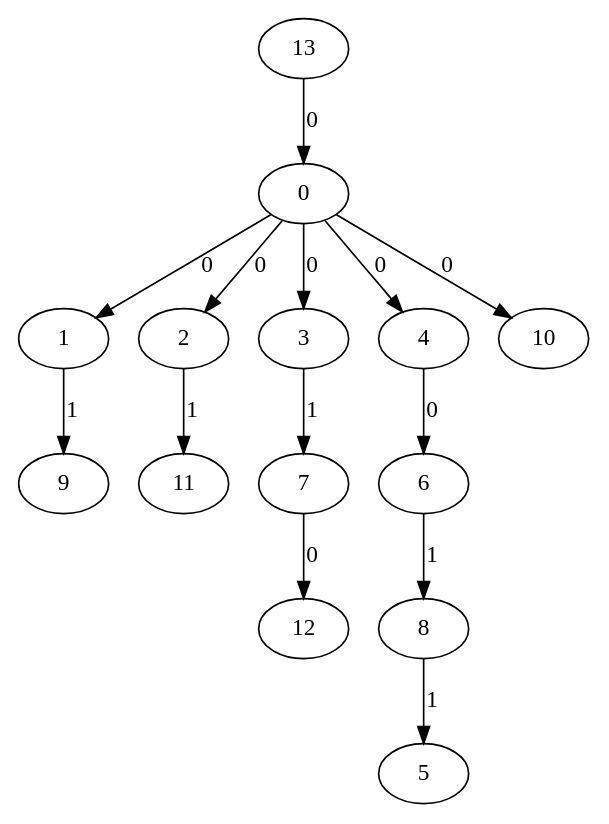
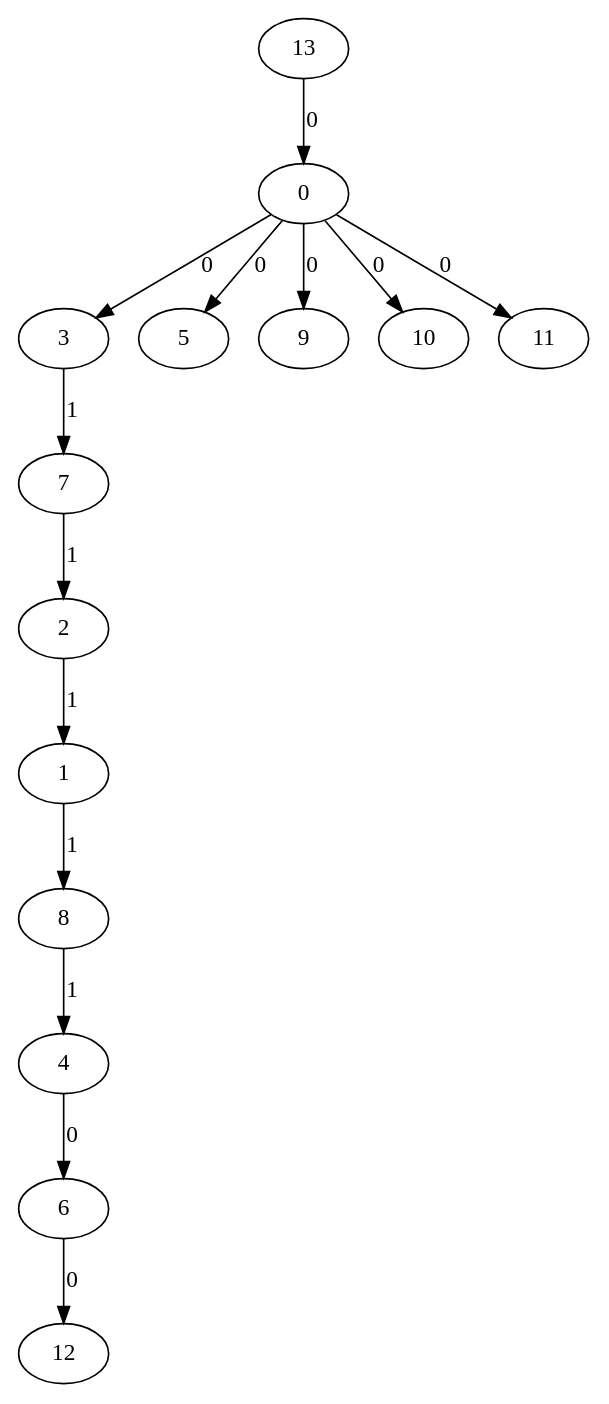
One commit to evellynsc/ArborealJumpNumberVS19 changed the diagram in ArborealJumpNumber/graph_x.dot. Above: the diagram before and after it, drawn with Graphviz. The commit also changed 2 other files, not shown here.

```diff
--- a/ArborealJumpNumber/graph_x.dot
+++ b/ArborealJumpNumber/graph_x.dot
@@ -1,29 +1,29 @@
 digraph G {
 0[label=0];
 1[label=1];
 2[label=2];
 3[label=3];
 4[label=4];
 5[label=5];
 6[label=6];
 7[label=7];
 8[label=8];
 9[label=9];
 10[label=10];
 11[label=11];
 12[label=12];
 13[label=13];
+6->12 [label=0];
 4->6 [label=0];
-7->12 [label=0];
+0->11 [label=0];
 0->10 [label=0];
-0->4 [label=0];
+0->9 [label=0];
+0->5 [label=0];
 0->3 [label=0];
-0->2 [label=0];
-0->1 [label=0];
 13->0 [label=0];
-1->9 [label=1];
-2->11 [label=1];
+2->1 [label=1];
+1->8 [label=1];
+7->2 [label=1];
 3->7 [label=1];
-8->5 [label=1];
-6->8 [label=1];
+8->4 [label=1];
 }
```
